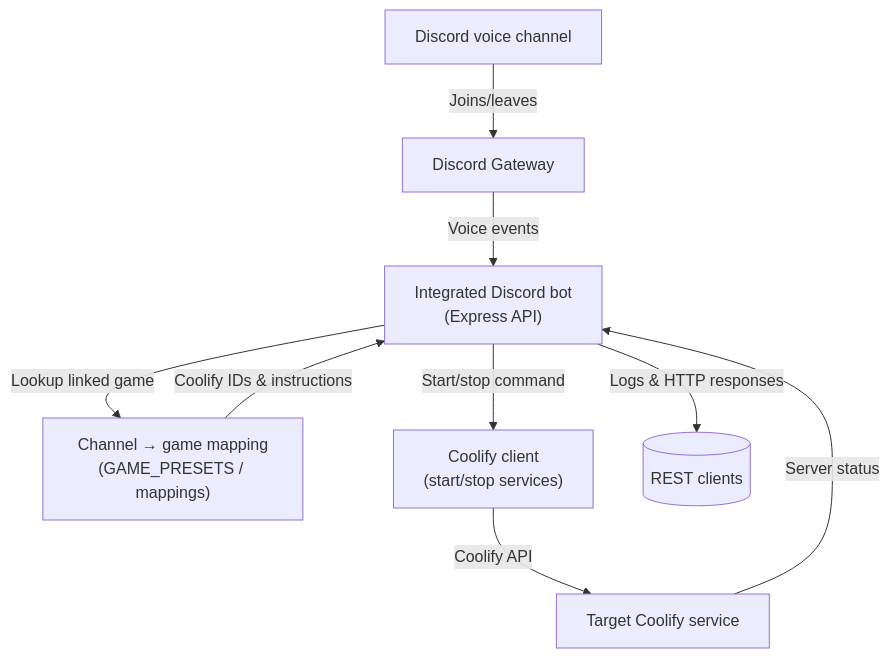
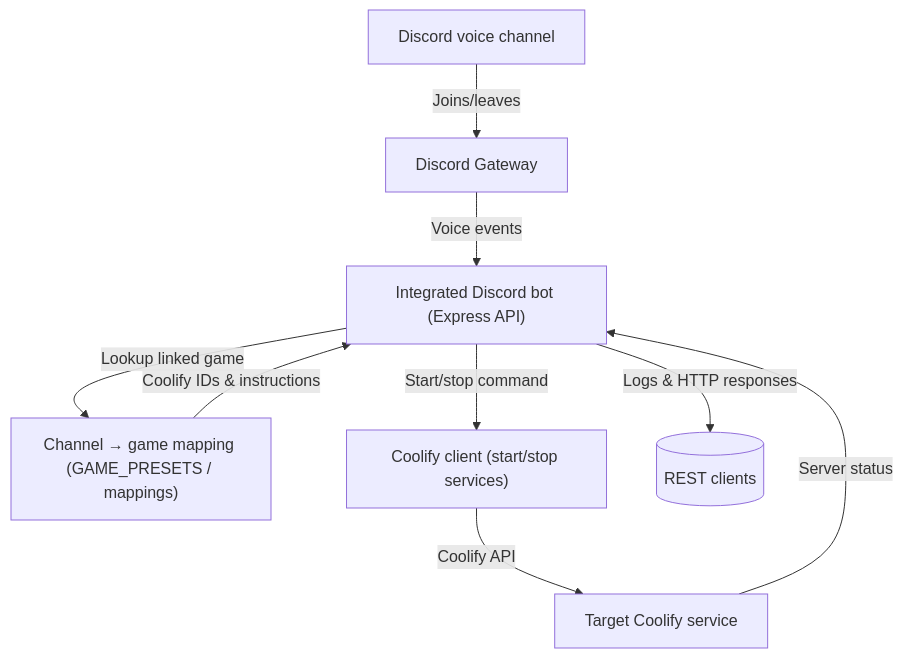
One commit to Monolithoid/Coolify_UI_API changed the diagram in README.md. Above: the diagram before and after it, drawn with Mermaid.

````diff
--- a/README.md
+++ b/README.md
@@ -100,19 +100,19 @@
 ```mermaid
 flowchart TD
     VoiceChannel["Discord voice channel"]
     DiscordGateway["Discord Gateway"]
-    Bot["Integrated Discord bot\n(Express API)"]
-    GameSelector["Channel → game mapping\n(GAME_PRESETS / mappings)"]
-    CoolifyClient["Coolify client\n(start/stop services)"]
+    Bot["Integrated Discord bot (Express API)"]
+    GameSelector["Channel → game mapping (GAME_PRESETS / mappings)"]
+    CoolifyClient["Coolify client (start/stop services)"]
     CoolifyService["Target Coolify service"]
     RestClient[("REST clients")]
 
     VoiceChannel -->|Joins/leaves| DiscordGateway
     DiscordGateway -->|Voice events| Bot
     Bot -->|Lookup linked game| GameSelector
     GameSelector -->|Coolify IDs & instructions| Bot
     Bot -->|Start/stop command| CoolifyClient
     CoolifyClient -->|Coolify API| CoolifyService
     CoolifyService -->|Server status| Bot
     Bot -->|Logs & HTTP responses| RestClient
 ```
````
